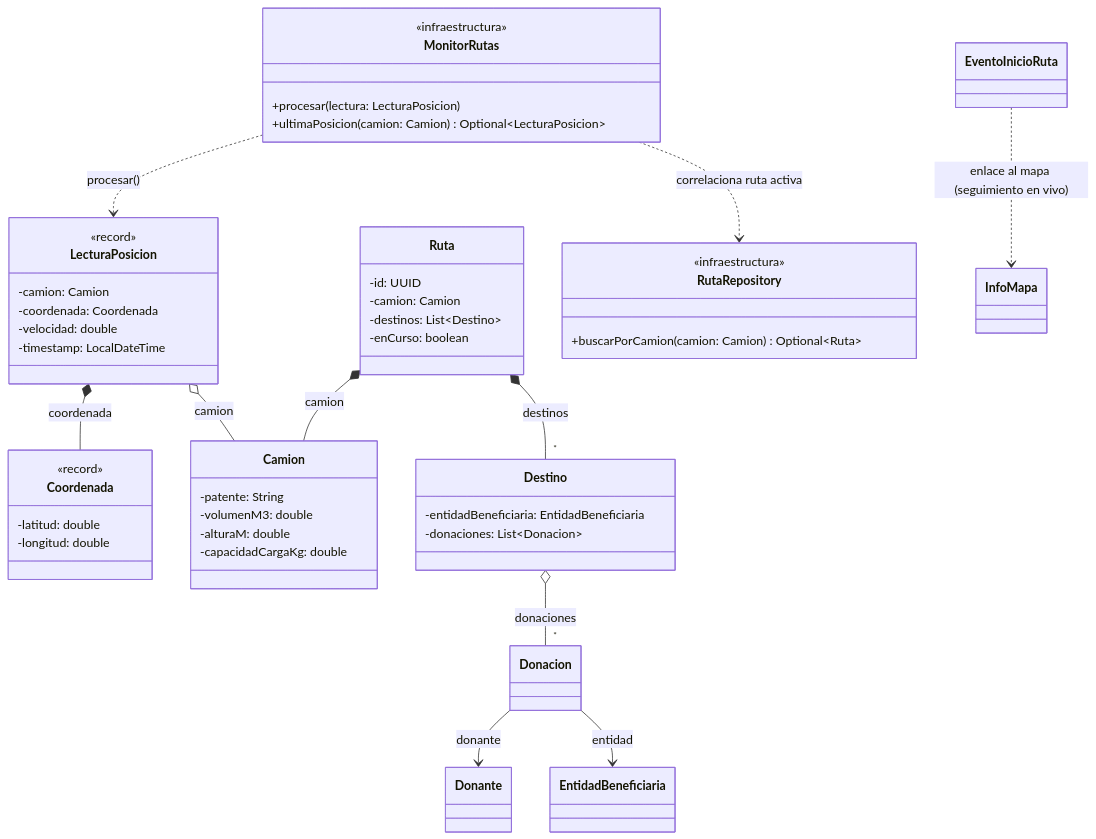
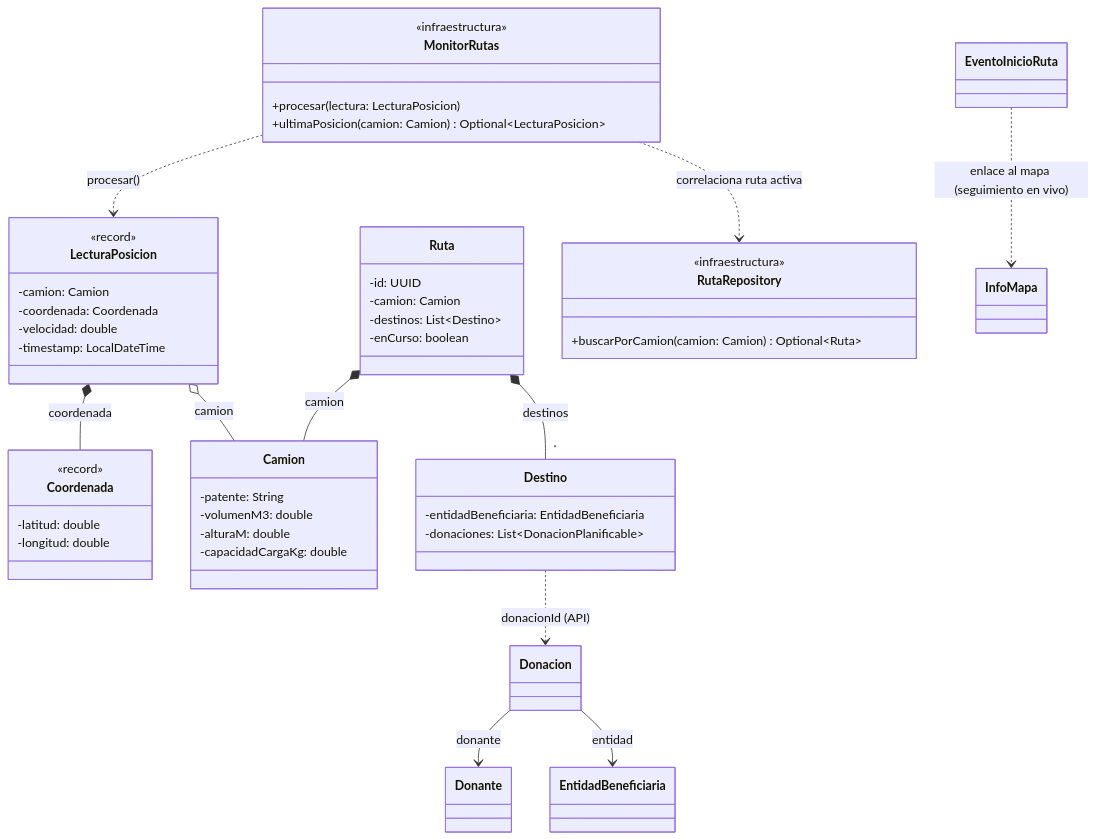
One commit to eonishi/tp-dds-2026-donatrack changed the diagram in docs/diagramas-por-requerimiento/e2-req7-monitoreo-tiempo-real.mermaid. Above: the diagram before and after it, drawn with Mermaid. The commit also changed 11 other files, not shown here.

```diff
--- a/docs/diagramas-por-requerimiento/e2-req7-monitoreo-tiempo-real.mermaid
+++ b/docs/diagramas-por-requerimiento/e2-req7-monitoreo-tiempo-real.mermaid
@@ -1,64 +1,64 @@
 %% ============================================================================
 %% ENTREGA 2 — Requerimiento 7
 %% "El sistema debe mostrar en tiempo real tanto a la persona donante como a la
 %%  entidad beneficiaria de la donación la localización de los camiones."
 %% Lectura de posición del camión (GPS/app) procesada y correlacionada con la
 %% ruta activa; el inicio de ruta notifica con enlace al mapa.
 %% Fragmento mínimo del dominio involucrado (incluye infraestructura).
 %% ============================================================================
 classDiagram
     direction TB
 
     class MonitorRutas {
         <<infraestructura>>
         +procesar(lectura: LecturaPosicion)
         +ultimaPosicion(camion: Camion) Optional~LecturaPosicion~
     }
     class LecturaPosicion {
         <<record>>
         -camion: Camion
         -coordenada: Coordenada
         -velocidad: double
         -timestamp: LocalDateTime
     }
     class Coordenada {
         <<record>>
         -latitud: double
         -longitud: double
     }
     class Camion {
         -patente: String
         -volumenM3: double
         -alturaM: double
         -capacidadCargaKg: double
     }
     class Ruta {
         -id: UUID
         -camion: Camion
         -destinos: List~Destino~
         -enCurso: boolean
     }
     class Destino {
         -entidadBeneficiaria: EntidadBeneficiaria
-        -donaciones: List~Donacion~
+        -donaciones: List~DonacionPlanificable~
     }
     class Donacion
     class Donante
     class EntidadBeneficiaria
     class RutaRepository {
         <<infraestructura>>
         +buscarPorCamion(camion: Camion) Optional~Ruta~
     }
     class EventoInicioRuta
     class InfoMapa
 
     MonitorRutas ..> LecturaPosicion : procesar()
     LecturaPosicion o-- Camion : camion
     LecturaPosicion *-- Coordenada : coordenada
     MonitorRutas ..> RutaRepository : correlaciona ruta activa
     Ruta *-- Camion : camion
     Ruta *-- "*" Destino : destinos
-    Destino o-- "*" Donacion : donaciones
+    Destino ..> Donacion : donacionId (API)
     Donacion --> Donante : donante
     Donacion --> EntidadBeneficiaria : entidad
     EventoInicioRuta ..> InfoMapa : enlace al mapa (seguimiento en vivo)
```
